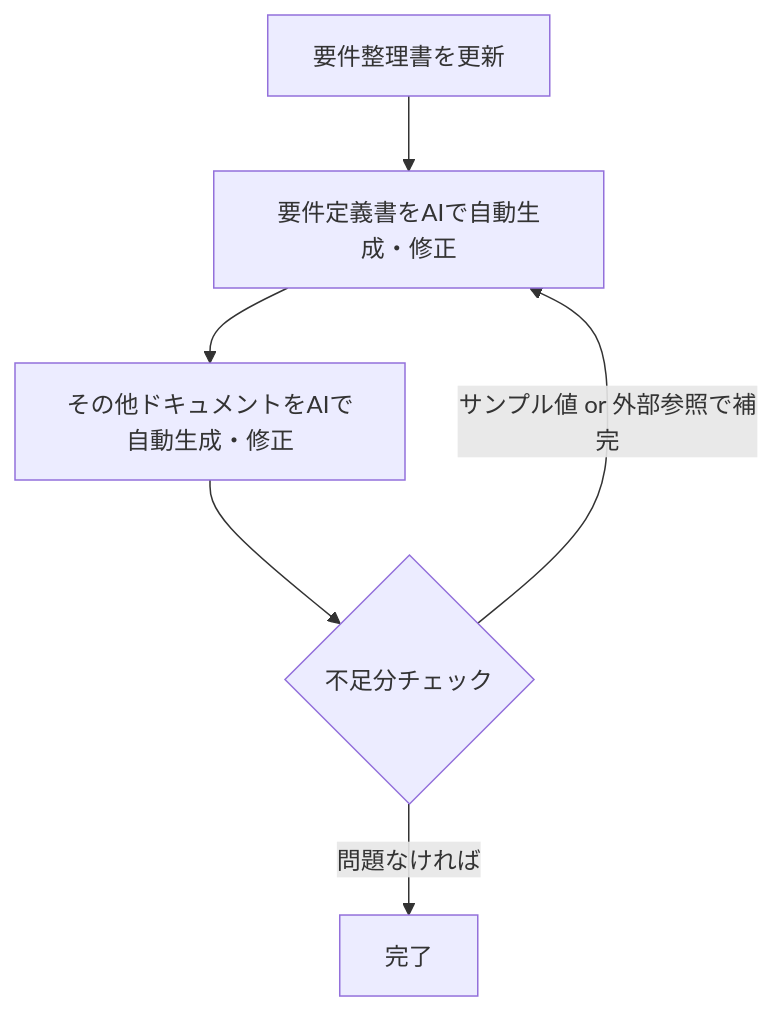
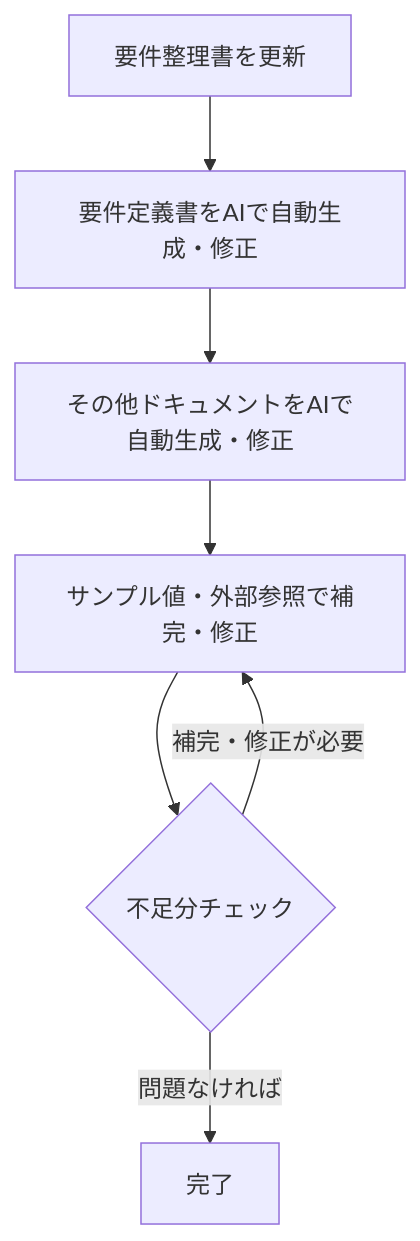
One commit to deidra-JP-windows/front-web-site-for-riften-terraform changed the first of 2 diagrams in README.md. Above: the diagram before and after it, drawn with Mermaid. The commit also changed other lines of this file, not shown here.

````diff
--- a/README.md
+++ b/README.md
@@ -21,10 +17,11 @@
 ```mermaid
 flowchart TD
   A[要件整理書を更新]
   B[要件定義書をAIで自動生成・修正]
   C[その他ドキュメントをAIで自動生成・修正]
-  D{不足分チェック}
-  A --> B --> C --> D
-  D -- サンプル値 or 外部参照で補完 --> B
-  D -- 問題なければ --> E[完了]
+  D[サンプル値・外部参照で補完・修正]
+  E{不足分チェック}
+  A --> B --> C --> D --> E
+  E -- 補完・修正が必要 --> D
+  E -- 問題なければ --> F[完了]
 ```
````
